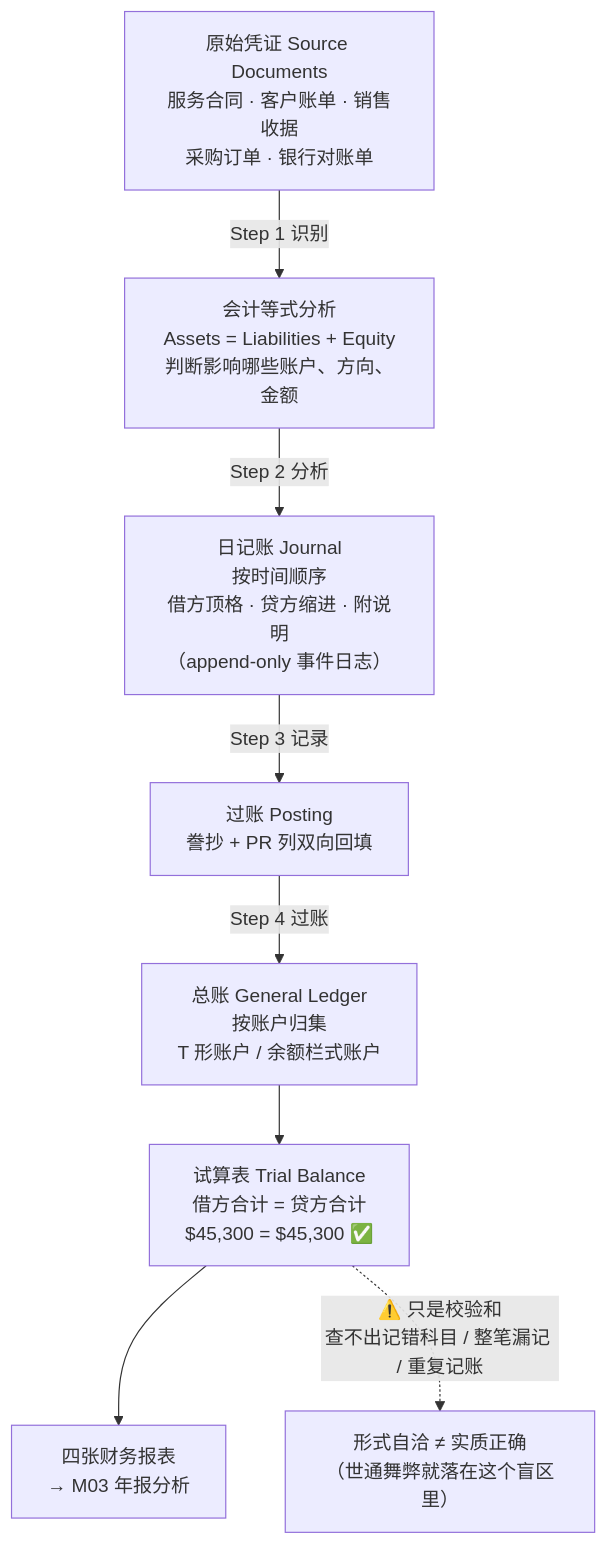
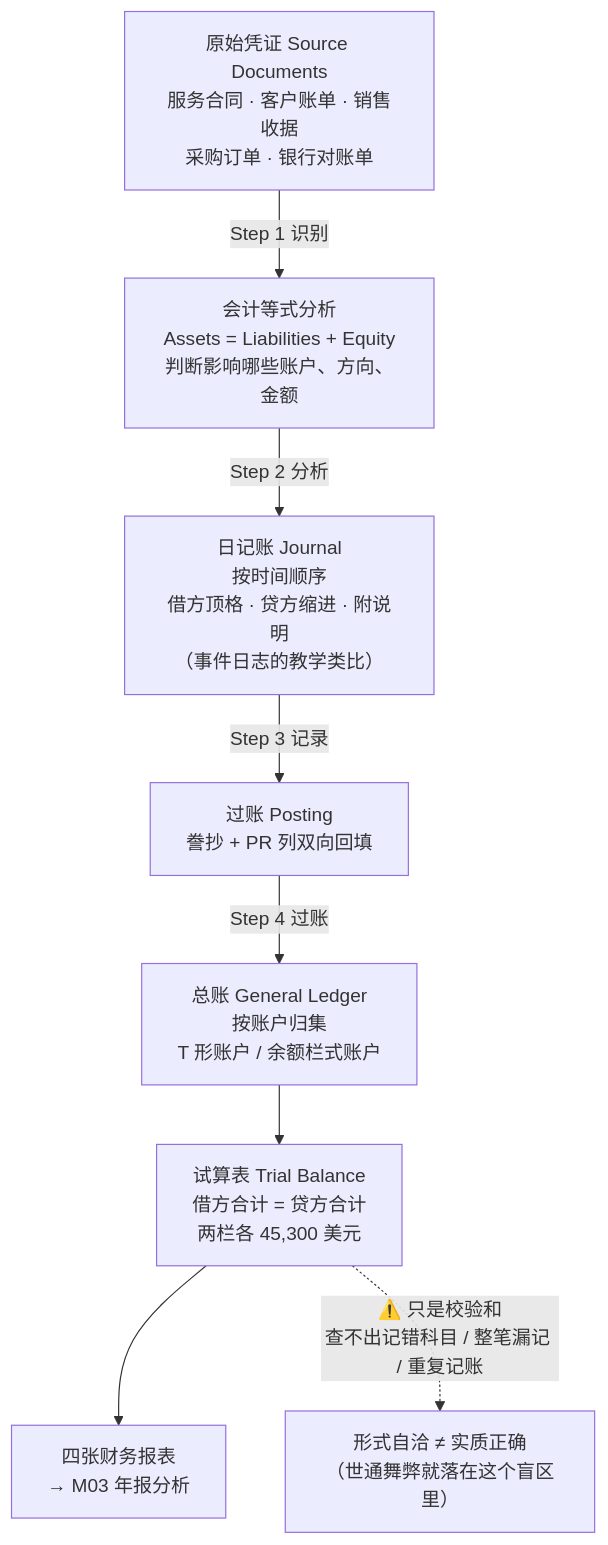
One commit to CercaTrovato/cityu-ai-course-notes changed the sixth of 7 diagrams in AC6761_Artificial_Intelligence_Accounting/notes/M02-交易的会计处理.md. Above: the diagram before and after it, drawn with Mermaid. The commit also changed other lines of this file and 123 other files, not shown here.

````diff
--- a/AC6761_Artificial_Intelligence_Accounting/notes/M02-交易的会计处理.md
+++ b/AC6761_Artificial_Intelligence_Accounting/notes/M02-交易的会计处理.md
@@ -2051,11 +2318,11 @@
 ```mermaid
 flowchart TD
     SRC["原始凭证 Source Documents<br/>服务合同 · 客户账单 · 销售收据<br/>采购订单 · 银行对账单"]
     SRC -->|"Step 1 识别"| ANA["会计等式分析<br/>Assets = Liabilities + Equity<br/>判断影响哪些账户、方向、金额"]
-    ANA -->|"Step 2 分析"| JRN["日记账 Journal<br/>按时间顺序<br/>借方顶格 · 贷方缩进 · 附说明<br/>（append-only 事件日志）"]
+    ANA -->|"Step 2 分析"| JRN["日记账 Journal<br/>按时间顺序<br/>借方顶格 · 贷方缩进 · 附说明<br/>（事件日志的教学类比）"]
     JRN -->|"Step 3 记录"| POST["过账 Posting<br/>誊抄 + PR 列双向回填"]
     POST -->|"Step 4 过账"| LED["总账 General Ledger<br/>按账户归集<br/>T 形账户 / 余额栏式账户"]
-    LED --> TB["试算表 Trial Balance<br/>借方合计 = 贷方合计<br/>$45,300 = $45,300 ✅"]
+    LED --> TB["试算表 Trial Balance<br/>借方合计 = 贷方合计<br/>两栏各 45,300 美元"]
     TB --> FS["四张财务报表<br/>→ M03 年报分析"]
     TB -.->|"⚠️ 只是校验和<br/>查不出记错科目 / 整笔漏记 / 重复记账"| WARN["形式自洽 ≠ 实质正确<br/>（世通舞弊就落在这个盲区里）"]
 ```
````
